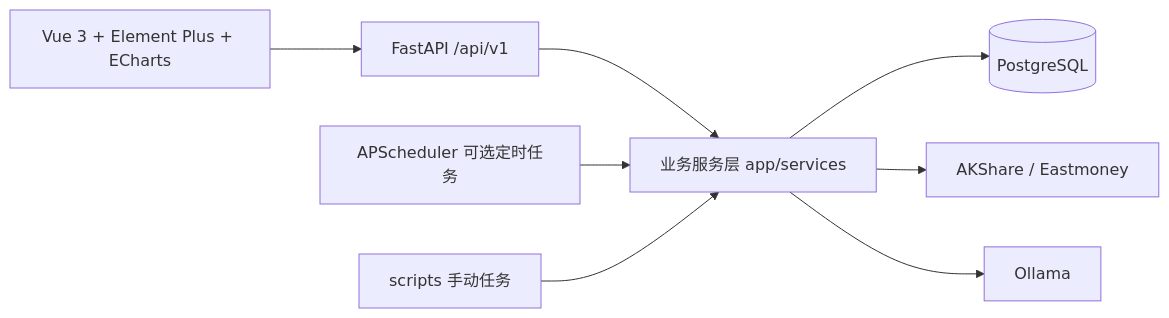
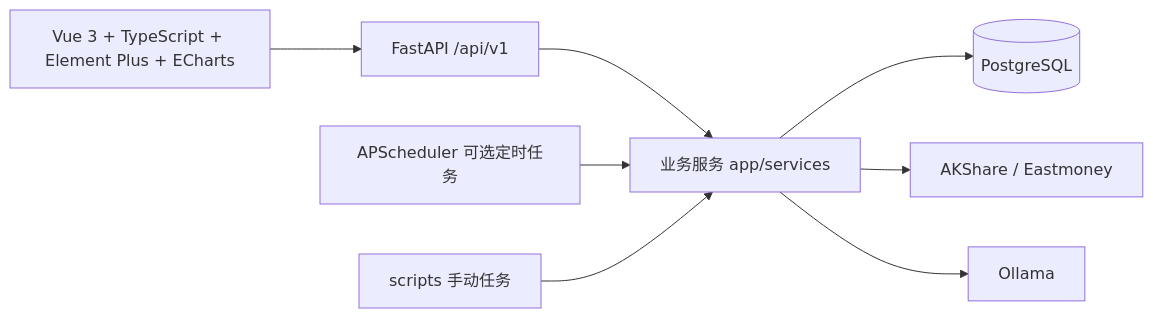
The diagram in README.md (xerxescom/FundPilot), drawn with Mermaid before and after one commit. The commit also changed other lines of this file and 27 other files, not shown here.

````diff
--- a/README.md
+++ b/README.md
@@ -18,10 +17,10 @@
 ```mermaid
 flowchart LR
-    Vue["Vue 3 + Element Plus + ECharts"] --> API["FastAPI /api/v1"]
-    API --> Services["业务服务层 app/services"]
+    Vue["Vue 3 + TypeScript + Element Plus + ECharts"] --> API["FastAPI /api/v1"]
+    API --> Services["业务服务 app/services"]
     Services --> DB[("PostgreSQL")]
     Services --> DataSources["AKShare / Eastmoney"]
     Services --> Ollama["Ollama"]
     Jobs["APScheduler 可选定时任务"] --> Services
     Scripts["scripts 手动任务"] --> Services
 ```
````
